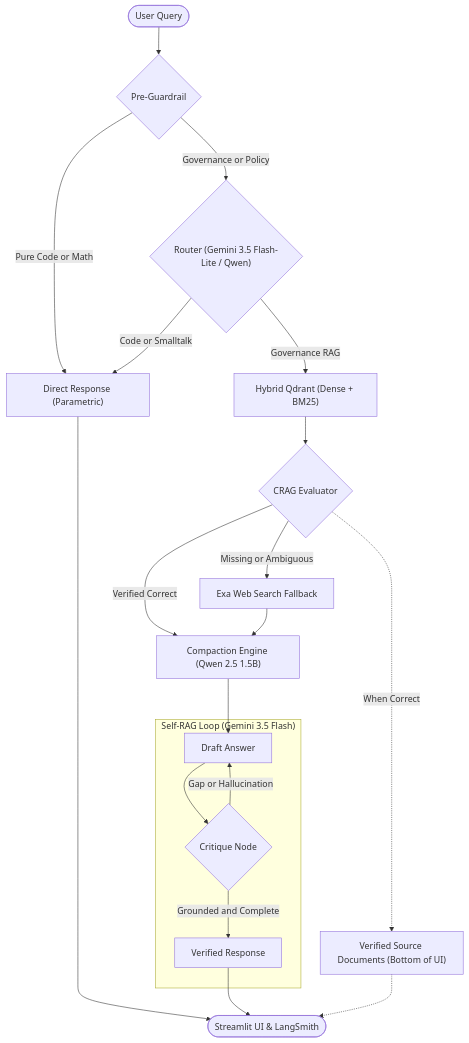
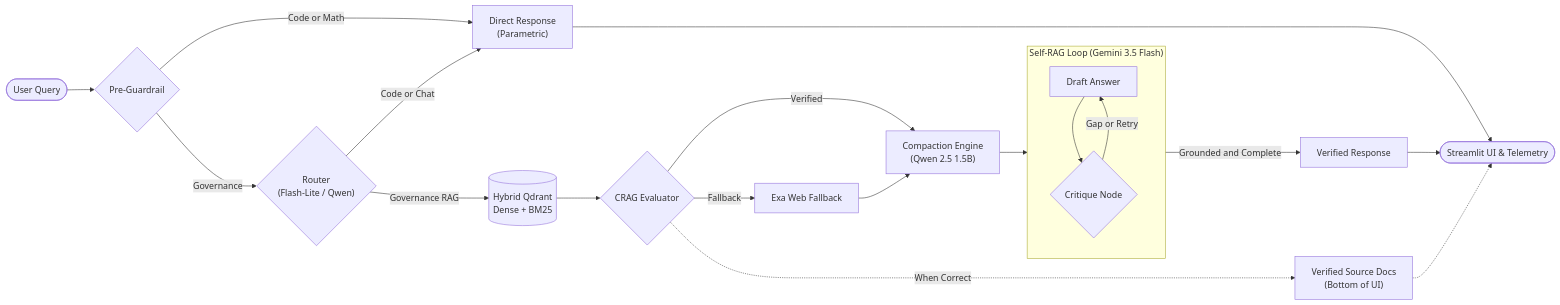
The diagram in README.md (jusspatel/press-release-rag), drawn with Mermaid before and after one commit. The commit also changed 1 other file, not shown here.

Commit message:
cosmetic changes

````diff
--- a/README.md
+++ b/README.md
@@ -11,26 +11,29 @@
 ```mermaid
-flowchart TD
+flowchart LR
     Query(["User Query"]) --> PreGuard{"Pre-Guardrail"}
-    PreGuard -->|Pure Code or Math| Direct["Direct Response (Parametric)"]
-    PreGuard -->|Governance or Policy| Router{"Router (Gemini 3.5 Flash-Lite / Qwen)"}
-
-    Router -->|Code or Smalltalk| Direct
-    Router -->|Governance RAG| Retriever["Hybrid Qdrant (Dense + BM25)"]
-
+    
+    PreGuard -->|Code or Math| Direct["Direct Response<br/>(Parametric)"]
+    PreGuard -->|Governance| Router{"Router<br/>(Flash-Lite / Qwen)"}
+    
+    Router -->|Code or Chat| Direct
+    Router -->|Governance RAG| Retriever[("Hybrid Qdrant<br/>Dense + BM25")]
+    
     Retriever --> CRAG{"CRAG Evaluator"}
-    CRAG -->|Verified Correct| Compactor["Compaction Engine (Qwen 2.5 1.5B)"]
-    CRAG -->|Missing or Ambiguous| Exa["Exa Web Search Fallback"]
+    CRAG -->|Verified| Compactor["Compaction Engine<br/>(Qwen 2.5 1.5B)"]
+    CRAG -->|Fallback| Exa["Exa Web Fallback"]
     Exa --> Compactor
+    
+    subgraph SelfRAG ["Self-RAG Loop (Gemini 3.5 Flash)"]
+        direction TB
+        Draft["Draft Answer"] --> Critique{"Critique Node"}
+        Critique -->|Gap or Retry| Draft
+    end
+    
     Compactor --> Draft
-
-    subgraph SelfRAG ["Self-RAG Loop (Gemini 3.5 Flash)"]
-        Draft["Draft Answer"] --> Critique{"Critique Node"}
-        Critique -->|Grounded and Complete| Final["Verified Response"]
-        Critique -->|Gap or Hallucination| Draft
-    end
-
-    Direct --> UI(["Streamlit UI & LangSmith"])
+    Critique -->|Grounded and Complete| Final["Verified Response"]
+    
+    Direct --> UI(["Streamlit UI & Telemetry"])
     Final --> UI
-    CRAG -.->|When Correct| VerifiedDocs["Verified Source Documents (Bottom of UI)"]
+    CRAG -.->|When Correct| VerifiedDocs["Verified Source Docs<br/>(Bottom of UI)"]
     VerifiedDocs -.-> UI
 ```
````
